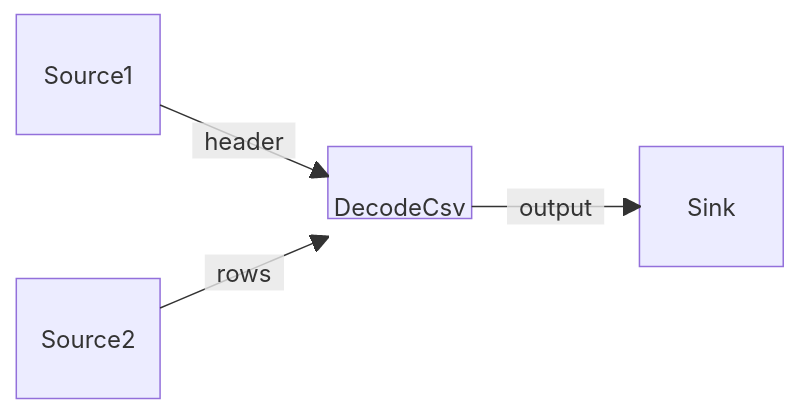
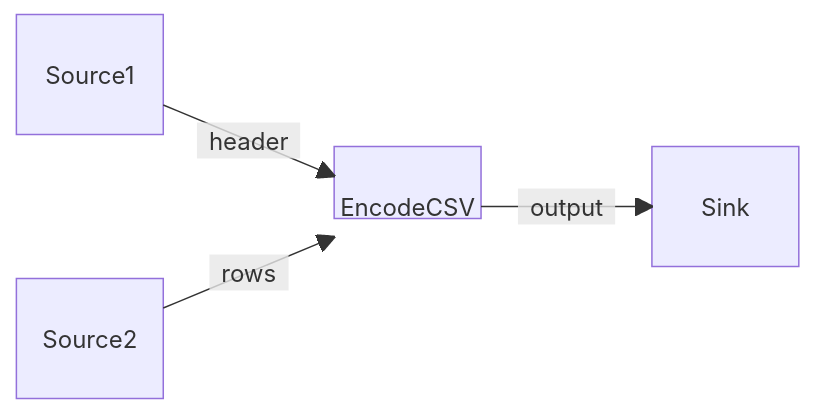
The diagram in lib/protoflow-blocks/doc/text/encode_csv.mmd (AsimovPlatform/protoflow), drawn with Mermaid before and after one commit. The commit also changed 11 other files, not shown here.

```diff
--- a/lib/protoflow-blocks/doc/text/encode_csv.mmd
+++ b/lib/protoflow-blocks/doc/text/encode_csv.mmd
@@ -1,15 +1,15 @@
 block-beta
     columns 7
     space:1 Source1 space:5
-    space:3 DecodeCsv space:1 Sink space:1
+    space:3 EncodeCSV space:1 Sink space:1
     space:1 Source2 space:5
-    Source1-- "header" -->DecodeCsv
-    Source2-- "rows" -->DecodeCsv
-    DecodeCsv-- "output" -->Sink
+    Source1-- "header" -->EncodeCSV
+    Source2-- "rows" -->EncodeCSV
+    EncodeCSV-- "output" -->Sink
 
     classDef block height:48px,padding:8px;
     classDef hidden visibility:none;
-    class DecodeCsv block
+    class EncodeCSV block
     class Source1 hidden
     class Source2 hidden
     class Sink hidden
```
